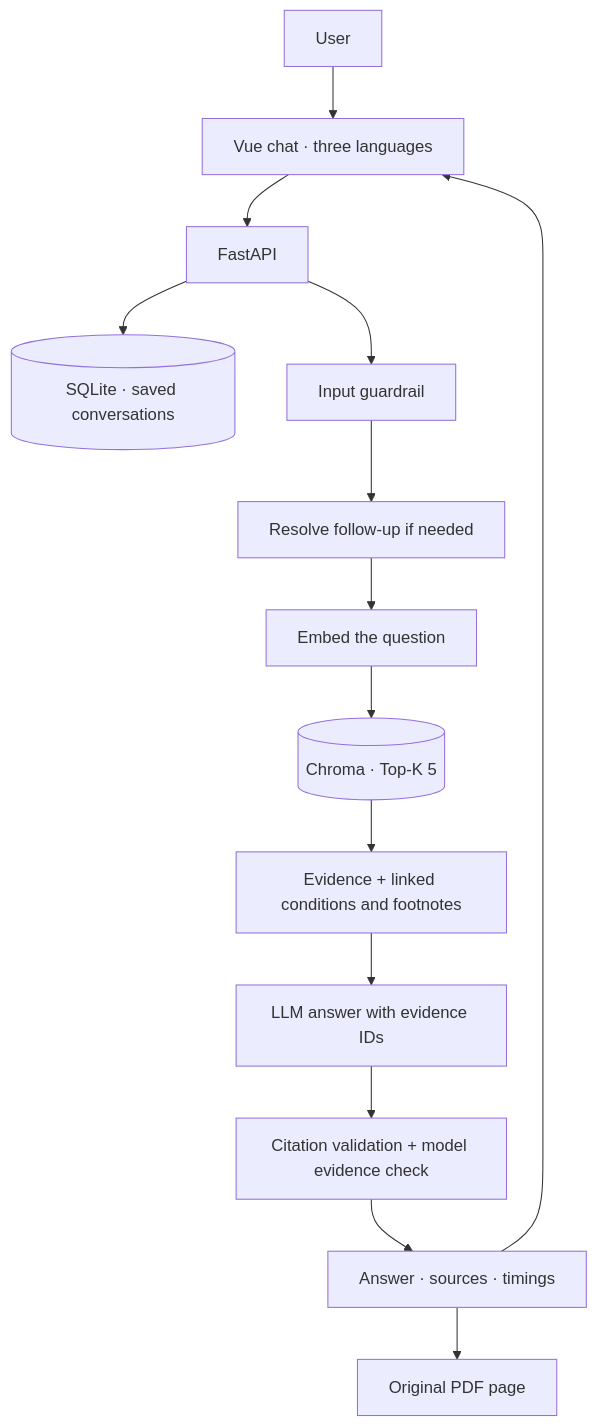
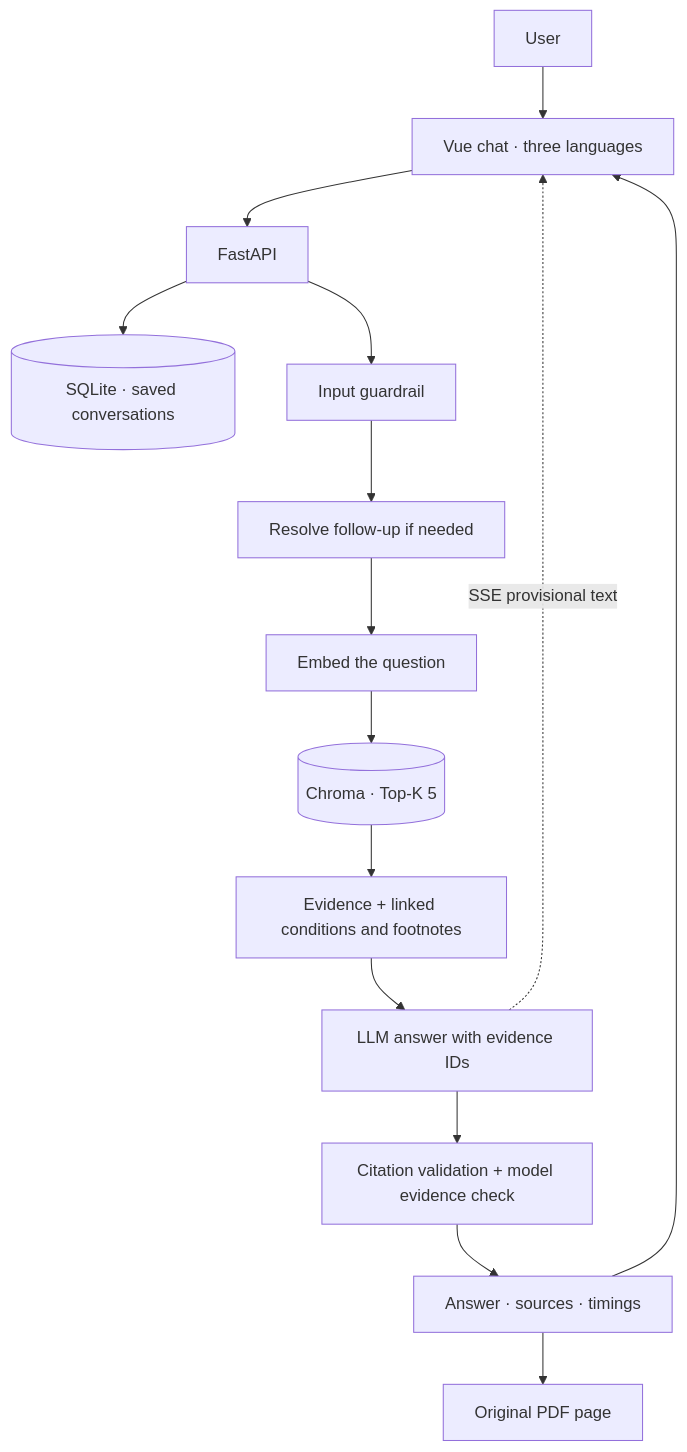
The diagram in README.md (newDarwin100/InsureTutor), drawn with Mermaid before and after one commit. The commit also changed other lines of this file and 22 other files, not shown here.

````diff
--- a/README.md
+++ b/README.md
@@ -53,16 +55,17 @@
 ```mermaid
 flowchart TD
     User --> UI[Vue chat · three languages]
     UI --> API[FastAPI]
     API --> History[(SQLite · saved conversations)]
     API --> Guard[Input guardrail]
     Guard --> Context[Resolve follow-up if needed]
     Context --> Embed[Embed the question]
     Embed --> DB[(Chroma · Top-K 5)]
     DB --> Evidence[Evidence + linked conditions and footnotes]
     Evidence --> Draft[LLM answer with evidence IDs]
+    Draft -. SSE provisional text .-> UI
     Draft --> Check[Citation validation + model evidence check]
     Check --> Result[Answer · sources · timings]
     Result --> UI
     Result --> PDF[Original PDF page]
 ```
````
